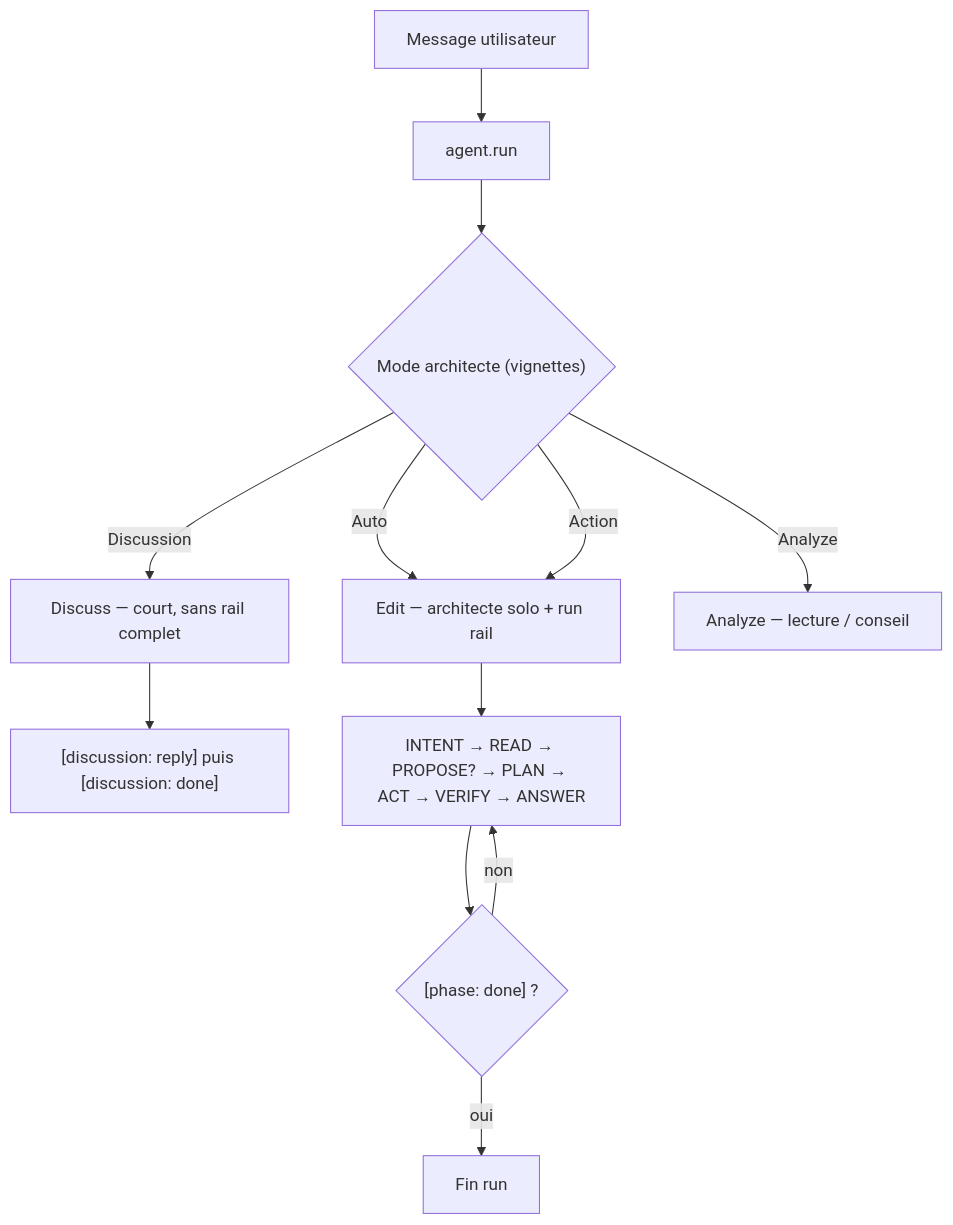
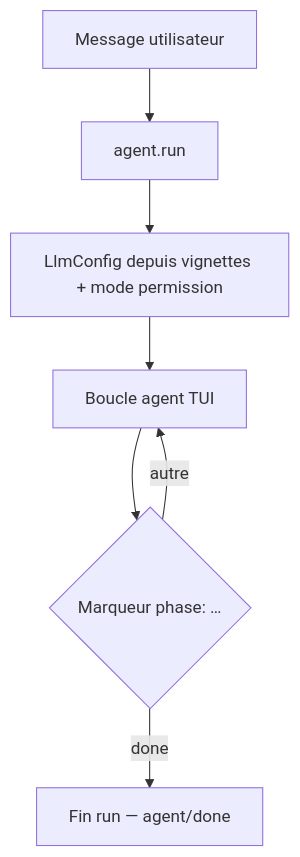
Before and after one commit to DroxKiwi/Drox---IDE---OR: the fourth of 7 diagrams in README.md, drawn with Mermaid. The commit also changed other lines of this file and 1 other file, not shown here.

First line of the commit message:
Docs: README et RELEASE_NOTES 1.5.0 — archi tui_mono.

````diff
--- a/README.md
+++ b/README.md
@@ -135,16 +142,9 @@
 ```mermaid
 flowchart TD
   MSG["Message utilisateur"] --> RUN["agent.run"]
-  RUN --> MODE{"Mode architecte (vignettes)"}
-  MODE -->|Auto| EDIT["Edit — architecte solo + run rail"]
-  MODE -->|Discussion| DISC["Discuss — court, sans rail complet"]
-  MODE -->|Action| EDIT
-  MODE -->|Analyze| ANAL["Analyze — lecture / conseil"]
-
-  DISC --> DOUT["[discussion: reply] puis [discussion: done]"]
-
-  EDIT --> RAIL["INTENT → READ → PROPOSE? → PLAN → ACT → VERIFY → ANSWER"]
-  RAIL --> DONE{"[phase: done] ?"}
-  DONE -->|oui| END["Fin run"]
-  DONE -->|non| RAIL
+  RUN --> CFG["LlmConfig depuis vignettes + mode permission"]
+  CFG --> LOOP["Boucle agent TUI"]
+  LOOP --> PH{"Marqueur phase: …"}
+  PH -->|done| END["Fin run — agent/done"]
+  PH -->|autre| LOOP
 ```
````
